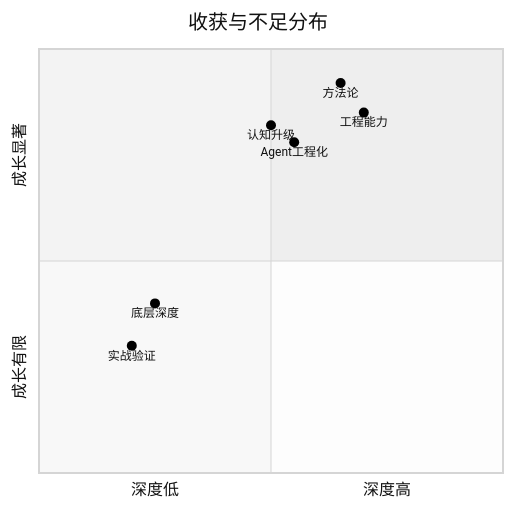
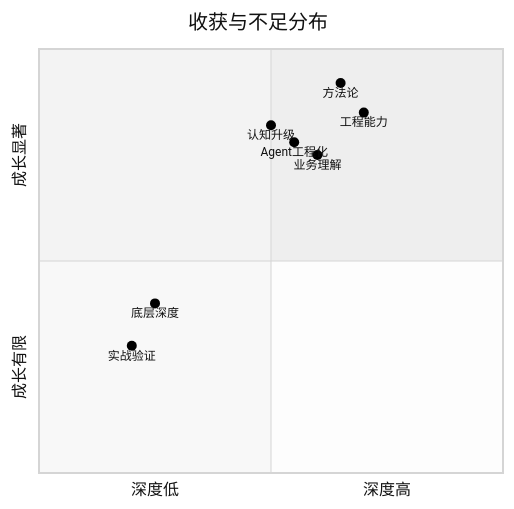
Diagram 12 of 13 in manuscript.md (int2t05/internship), drawn with Mermaid (neutral theme) before and after one commit. The commit also changed other lines of this file and 1 other file, not shown here.

````diff
--- a/manuscript.md
+++ b/manuscript.md
@@ -464,12 +473,13 @@
 ```mermaid
 quadrantChart
     title 收获与不足分布
     x-axis "深度低" --> "深度高"
     y-axis "成长有限" --> "成长显著"
     "工程能力": [0.7, 0.85]
     "方法论": [0.65, 0.92]
     "Agent工程化": [0.55, 0.78]
     "认知升级": [0.5, 0.82]
+    "业务理解": [0.6, 0.75]
     "底层深度": [0.25, 0.4]
     "实战验证": [0.2, 0.3]
 ```
````
